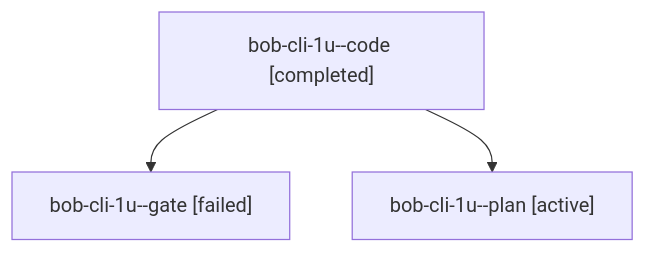
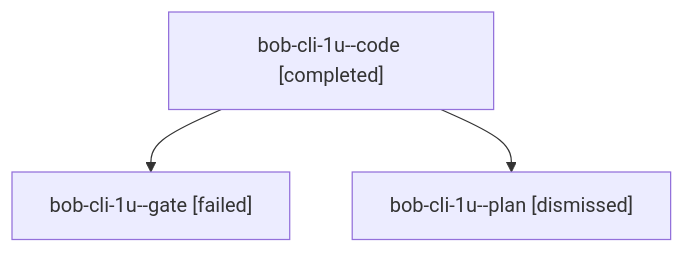
One commit to bobs-org/bob-cli--agents changed the diagram in sessions/bbugyi200.athena.bob-cli-1u.md. Above: the diagram before and after it, drawn with Mermaid. The commit also changed other lines of this file and 45 other files, not shown here.

````diff
--- a/sessions/bbugyi200.athena.bob-cli-1u.md
+++ b/sessions/bbugyi200.athena.bob-cli-1u.md
@@ -9,8 +9,8 @@
 ```mermaid
 flowchart TD
   n0["bob-cli-1u--code [completed]"]
   n1["bob-cli-1u--gate [failed]"]
   n0 --> n1
-  n2["bob-cli-1u--plan [active]"]
+  n2["bob-cli-1u--plan [dismissed]"]
   n0 --> n2
 ```
````
